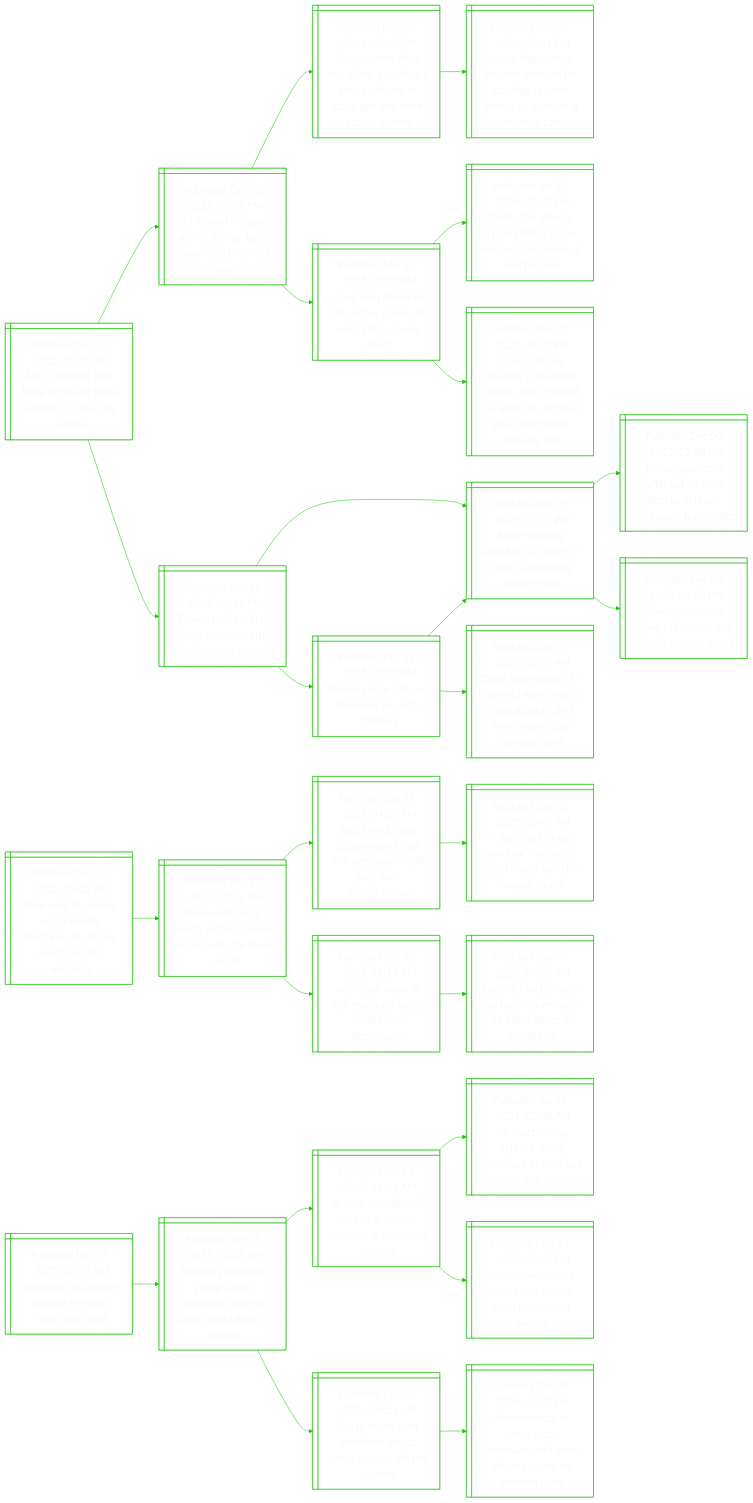
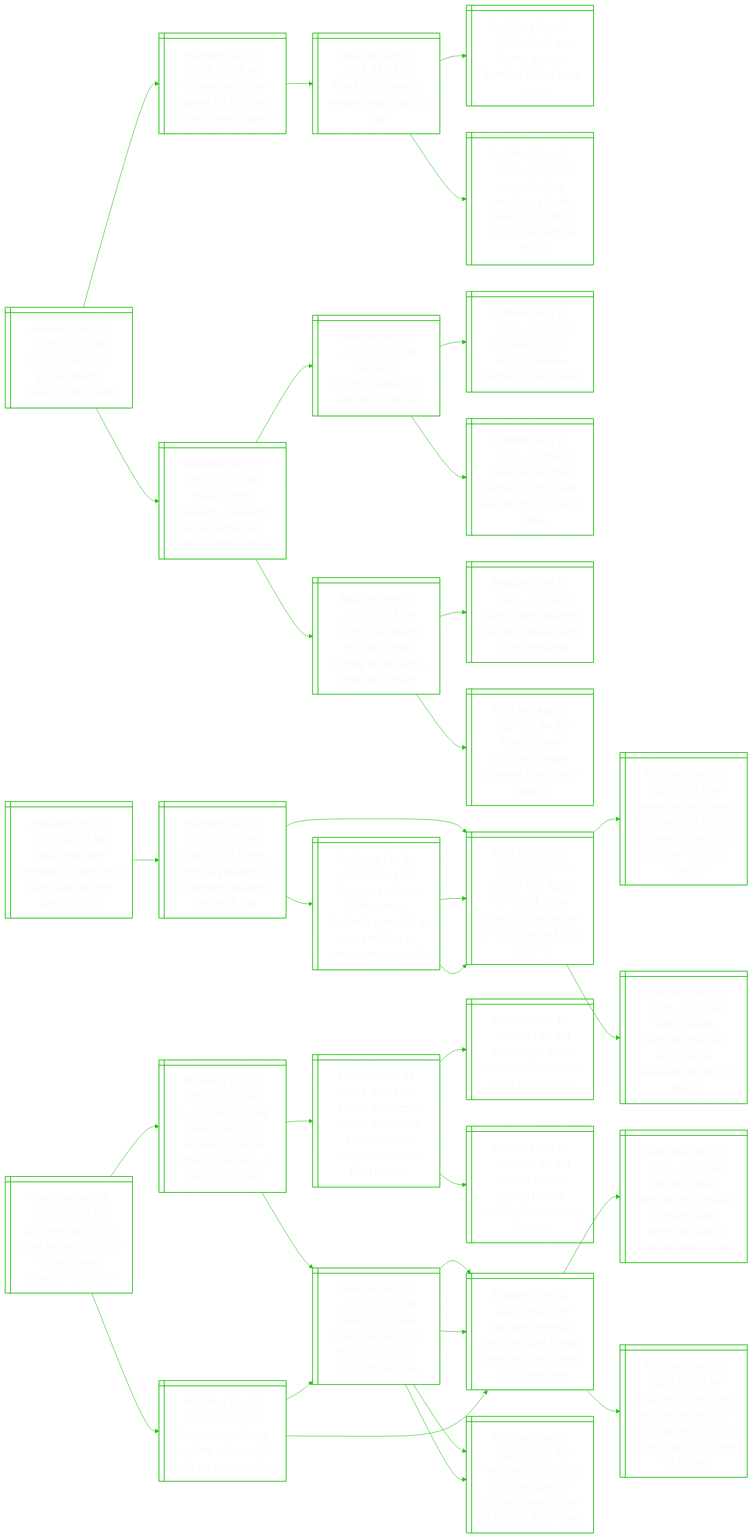
The diagram in README.md (notJmes/notJmes), drawn with Mermaid before and after one commit. The commit also changed other lines of this file, not shown here.

````diff
--- a/README.md
+++ b/README.md
@@ -16,88 +16,112 @@
 flowchart LR
 classDef txtsize font-size:20px;
 
-Mtdrechonsce@{ shape: win-pane, label: "_Published Dec 27, 2025, 03:50 AM_
-Man detained after knife attack on three women in paris city centre" }
-ieaftnurtfas@{ shape: win-pane, label: "_Published Dec 26, 2025, 06:01 PM_
-15 injured in japan after stabbing, liquid spray attack, official says" }
-Scdrkdupecnnnfap@{ shape: win-pane, label: "_Published May 25, 2023, 07:20 PM_
-Suspect held after four killed, including 2 police officers, in japan gun and knife attack: reports" }
-Jhcsnefaghmolgia@{ shape: win-pane, label: "_Published Mar 02, 2023, 02:21 PM_
-Japan high school student arrested for stabbing teacher, admits to mutilating multiple cats" }
-JAiytwkrewt@{ shape: win-pane, label: "_Published Mar 17, 2025, 01:20 PM_
-Japan aum shinrikyo cult widow speaks 30 years after subway attack" }
-UeaJssmaamne@{ shape: win-pane, label: "_Published Jun 10, 2024, 01:00 PM_
-Unlike the yakuza, japan’s latest crime menace is anonymous and faceless" }
-Jsynldaomstrfsreue@{ shape: win-pane, label: "_Published Mar 02, 2023, 06:29 PM_
-Japan’s ‘happy science’ cult leader okawa, who claimed he spoke to spirits of jesus and freddie mercury, dies" }
-Tnsloserlrb@{ shape: win-pane, label: "_Published Dec 26, 2025, 04:14 PM_
-Taiwan holds drill to boost response after deadly metro stabbing" }
-Kwitrseiiroc@{ shape: win-pane, label: "_Published Dec 19, 2025, 07:57 PM_
-Knife-wielding attacker kills three in taipei, dies during police chase" }
-Ngefentsiioaf@{ shape: win-pane, label: "_Published Dec 20, 2025, 12:38 PM_
-No singaporeans affected by knife attacks in taipei: singapore trade office" }
-Tnivuqiesyc@{ shape: win-pane, label: "_Published Dec 20, 2025, 01:50 PM_
-Taiwan president vows full inquiry into deadly subway attack" }
-Tnceeimsi@{ shape: win-pane, label: "_Published Dec 21, 2025, 05:20 PM_
-Taiwan police rule out ‘terrorism’ in metro stabbing" }
-Kwitrseiiroc@{ shape: win-pane, label: "_Published Dec 19, 2025, 07:57 PM_
-Knife-wielding attacker kills three in taipei, dies during police chase" }
-Tiecrhettrfoheh@{ shape: win-pane, label: "_Published Dec 21, 2025, 03:55 PM_
-Taipei knife attack: 57-year-old who tried to stop attacker died from wound that pierced heart" }
+Tssglssaa@{ shape: win-pane, label: "_Published Dec 27, 2025, 07:45 AM_
+Trump’s christmas gospel: bombs, blessings and blame" }
+UnsenIisrse@{ shape: win-pane, label: "_Published Dec 26, 2025, 08:34 AM_
+Us launches strike against isis militants in north-west nigeria" }
+Fiieoakc@{ shape: win-pane, label: "_Published Dec 25, 2025, 11:49 PM_
+Five killed in nigeria mosque attack, police say" }
+Niqmkase@{ shape: win-pane, label: "_Published Dec 25, 2025, 02:33 AM_
+Nigeria mosque bombing kills at least seven" }
+UdnvalsNiemeth@{ shape: win-pane, label: "_Published Dec 23, 2025, 01:23 AM_
+Us conducting surveillance flights over nigeria after trump intervention threat" }
+Bstkoistfrmfl@{ shape: win-pane, label: "_Published Sep 23, 2024, 01:25 PM_
+Bibles, ‘fight’ sneakers, coins with his ‘beautiful face’: trump’s merch for sale" }
+Ssueinel@{ shape: win-pane, label: "_Published Aug 21, 2024, 03:35 AM_
+Shares of trump’s media firm sink to record low" }
+Riusewees@{ shape: win-pane, label: "_Published Aug 13, 2024, 12:13 AM_
+Rambling trump, musk interview marred by tech issues" }
+NrgaHsdTiUt@{ shape: win-pane, label: "_Published Aug 11, 2024, 12:20 AM_
+New surveys give kamala harris a lead over trump in 3 key us states" }
+TsaouipTrtsdn@{ shape: win-pane, label: "_Published Sep 13, 2024, 01:25 PM_
+Trump’s campaign rolls out t-shirt copying taylor swift’s eras tour design" }
+Trtrarlrren@{ shape: win-pane, label: "_Published Sep 11, 2024, 11:19 AM_
+Taylor swift endorses ‘warrior’ kamala harris for us president" }
+Tssomsnlip@{ shape: win-pane, label: "_Published Aug 20, 2024, 01:44 AM_
+Trump shares doctored images showing taylor swift support" }
 
-Mtdrechonsce:::txtsize --> ieaftnurtfas:::txtsize
-ieaftnurtfas:::txtsize --> Scdrkdupecnnnfap:::txtsize
-Scdrkdupecnnnfap:::txtsize --> Jhcsnefaghmolgia:::txtsize
-ieaftnurtfas:::txtsize --> JAiytwkrewt:::txtsize
-JAiytwkrewt:::txtsize --> UeaJssmaamne:::txtsize
-JAiytwkrewt:::txtsize --> Jsynldaomstrfsreue:::txtsize
-Mtdrechonsce:::txtsize --> Tnsloserlrb:::txtsize
-Tnsloserlrb:::txtsize --> Kwitrseiiroc:::txtsize
-Kwitrseiiroc:::txtsize --> Ngefentsiioaf:::txtsize
-Kwitrseiiroc:::txtsize --> Tnivuqiesyc:::txtsize
-Tnsloserlrb:::txtsize --> Tnceeimsi:::txtsize
-Tnceeimsi:::txtsize --> Kwitrseiiroc:::txtsize
-Tnceeimsi:::txtsize --> Tiecrhettrfoheh:::txtsize
+Tssglssaa:::txtsize --> UnsenIisrse:::txtsize
+UnsenIisrse:::txtsize --> Fiieoakc:::txtsize
+Fiieoakc:::txtsize --> Niqmkase:::txtsize
+Fiieoakc:::txtsize --> UdnvalsNiemeth:::txtsize
+Tssglssaa:::txtsize --> Bstkoistfrmfl:::txtsize
+Bstkoistfrmfl:::txtsize --> Ssueinel:::txtsize
+Ssueinel:::txtsize --> Riusewees:::txtsize
+Ssueinel:::txtsize --> NrgaHsdTiUt:::txtsize
+Bstkoistfrmfl:::txtsize --> TsaouipTrtsdn:::txtsize
+TsaouipTrtsdn:::txtsize --> Trtrarlrren:::txtsize
+TsaouipTrtsdn:::txtsize --> Tssomsnlip:::txtsize
 
-Nreeaitssmltn@{ shape: win-pane, label: "_Published Dec 27, 2025, 03:02 AM_
-New york to require social media platforms to display mental health warnings" }
-Dairmreidrsi@{ shape: win-pane, label: "_Published Dec 11, 2025, 09:36 PM_
-‘downward spiral’: french mother blames social media for teen’s suicide" }
-Slaheaiptltroi@{ shape: win-pane, label: "_Published Dec 11, 2025, 04:00 PM_
-Social media and children are a bad mix, yet parents still post their photos online" }
-Itooersaisues@{ shape: win-pane, label: "_Published Dec 10, 2025, 08:48 PM_
-‘i didn’t get to say goodbye’: australia’s social media ban stirs unease, praise" }
-Aamleyidnee@{ shape: win-pane, label: "_Published Dec 10, 2025, 12:15 PM_
-Australian mum of late teen says social media ban ‘bittersweet’" }
-Aaombrdnafils@{ shape: win-pane, label: "_Published Dec 09, 2025, 09:32 PM_
-Australia social media ban for children under 16 takes effect in world first" }
+WYresemhiD@{ shape: win-pane, label: "_Published Dec 27, 2025, 06:19 AM_
+While you were sleeping: 5 stories you might have missed, dec 27, 2025" }
+Olssrenoasot@{ shape: win-pane, label: "_Published Dec 26, 2025, 10:32 PM_
+Over 1,700 flights across us grounded as snowstorm blankets new york city" }
+AsgalnassatYirs@{ shape: win-pane, label: "_Published Dec 26, 2025, 01:36 PM_
+At least 400 flights cancelled, many delayed as snowstorm affects new york city airports" }
+Treeamdshatacsn@{ shape: win-pane, label: "_Published Dec 26, 2025, 11:15 AM_
+Temperatures in seoul fall to minus 11.8 deg c as south korea is hit by season’s coldest morning" }
+Sgszfaraedune@{ shape: win-pane, label: "_Published Dec 26, 2025, 11:10 AM_
+Strong winds, blizzards forecast across japan; weekend disruption feared" }
+Spiegmudcdwdstnt@{ shape: win-pane, label: "_Published Dec 26, 2025, 02:46 PM_
+Singapore airlines flights among hundreds cancelled in new york due to snowstorm in us city" }
+AsgalnassatYirs@{ shape: win-pane, label: "_Published Dec 26, 2025, 01:36 PM_
+At least 400 flights cancelled, many delayed as snowstorm affects new york city airports" }
+AsgalnassatYirs@{ shape: win-pane, label: "_Published Dec 26, 2025, 01:36 PM_
+At least 400 flights cancelled, many delayed as snowstorm affects new york city airports" }
 
-Nreeaitssmltn:::txtsize --> Dairmreidrsi:::txtsize
-Dairmreidrsi:::txtsize --> Slaheaiptltroi:::txtsize
-Slaheaiptltroi:::txtsize --> Itooersaisues:::txtsize
-Dairmreidrsi:::txtsize --> Aamleyidnee:::txtsize
-Aamleyidnee:::txtsize --> Aaombrdnafils:::txtsize
+WYresemhiD:::txtsize --> Olssrenoasot:::txtsize
+Olssrenoasot:::txtsize --> AsgalnassatYirs:::txtsize
+AsgalnassatYirs:::txtsize --> Treeamdshatacsn:::txtsize
+AsgalnassatYirs:::txtsize --> Sgszfaraedune:::txtsize
+Olssrenoasot:::txtsize --> Spiegmudcdwdstnt:::txtsize
+Spiegmudcdwdstnt:::txtsize --> AsgalnassatYirs:::txtsize
+Spiegmudcdwdstnt:::txtsize --> AsgalnassatYirs:::txtsize
 
-Estisnasst@{ shape: win-pane, label: "_Published Dec 27, 2025, 12:29 AM_
-Explosion at alawite mosque in syria’s homs kills eight" }
-Swrtpmachctep@{ shape: win-pane, label: "_Published Jun 25, 2025, 12:06 AM_
-Shadowy extremist group claims damascus church attack that killed 25 people" }
-Asljicogmsc@{ shape: win-pane, label: "_Published Jun 23, 2025, 01:28 AM_
-At least 20 killed, 52 injured in suicide bombing at damascus church" }
-Ievgtyocynq@{ shape: win-pane, label: "_Published Jun 12, 2025, 02:08 PM_
-Isis reactivating fighters, eying comeback in syria and iraq" }
-Snrtedmadse@{ shape: win-pane, label: "_Published May 17, 2025, 10:08 PM_
-Syrian government forces raid islamic state hideouts in aleppo" }
-SnltiARahtoy@{ shape: win-pane, label: "_Published Dec 08, 2024, 08:51 AM_
-Syrian rebels oust president assad; russia says he left the country" }
-Wasrsnnafriben@{ shape: win-pane, label: "_Published Dec 08, 2024, 06:07 PM_
-Whereabouts of syria's assad unknown, with army officers saying he boarded plane" }
+Zsysilttoutidc@{ shape: win-pane, label: "_Published Dec 27, 2025, 05:29 AM_
+Zelensky says russia using belarus territory to circumvent ukrainian defences" }
+RalceeisamriaSard@{ shape: win-pane, label: "_Published Dec 27, 2025, 03:49 AM_
+Russia likely placing new hypersonic missiles at former airbase in belarus, us researchers find" }
+PdrsiaetpaaesBu@{ shape: win-pane, label: "_Published Dec 25, 2025, 06:59 PM_
+Poland intercepts russian plane over baltic, reports airspace breaches from belarus" }
+Rasrnicatoo@{ shape: win-pane, label: "_Published Sep 19, 2025, 11:15 PM_
+Russian jets enter estonia’s airspace in latest test for nato" }
+Usrrobooiin@{ shape: win-pane, label: "_Published Dec 14, 2025, 01:44 AM_
+Us says belarus agreed to stop balloon flyovers into lithuania" }
+Zsmrnnidscmk@{ shape: win-pane, label: "_Published Dec 26, 2025, 10:08 PM_
+Zelensky to meet trump on dec 28 in florida to discuss peace framework" }
+Unlydprstowren@{ shape: win-pane, label: "_Published Dec 24, 2025, 06:43 PM_
+Ukraine’s zelensky says draft plan freezes front line, opens way for concessions" }
+PiaucbnrrprkeRt@{ shape: win-pane, label: "_Published Dec 26, 2025, 03:59 PM_
+Putin indicated russia could be open to territory swop as part of ukraine deal: report" }
+RaUnkoelUcn@{ shape: win-pane, label: "_Published Dec 27, 2025, 02:34 AM_
+Russia says ukraine seeking to ‘torpedo’ talks on us peace plan" }
+Zsmrnnidscmk@{ shape: win-pane, label: "_Published Dec 26, 2025, 10:08 PM_
+Zelensky to meet trump on dec 28 in florida to discuss peace framework" }
+Unlydprstowren@{ shape: win-pane, label: "_Published Dec 24, 2025, 06:43 PM_
+Ukraine’s zelensky says draft plan freezes front line, opens way for concessions" }
+PiaucbnrrprkeRt@{ shape: win-pane, label: "_Published Dec 26, 2025, 03:59 PM_
+Putin indicated russia could be open to territory swop as part of ukraine deal: report" }
+Unlydprstowren@{ shape: win-pane, label: "_Published Dec 24, 2025, 06:43 PM_
+Ukraine’s zelensky says draft plan freezes front line, opens way for concessions" }
+ToiegRaipuoorpp@{ shape: win-pane, label: "_Published Nov 23, 2025, 12:09 AM_
+Trump officials’ meeting with russian in miami spurs questions about ukraine peace plan" }
+EihaDsitnnannsake@{ shape: win-pane, label: "_Published Dec 04, 2025, 01:40 AM_
+Explainer: why is fate of donetsk region a sticking point in talks on ending russia’s war in ukraine?" }
 
-Estisnasst:::txtsize --> Swrtpmachctep:::txtsize
-Swrtpmachctep:::txtsize --> Asljicogmsc:::txtsize
-Asljicogmsc:::txtsize --> Ievgtyocynq:::txtsize
-Asljicogmsc:::txtsize --> Snrtedmadse:::txtsize
-Swrtpmachctep:::txtsize --> SnltiARahtoy:::txtsize
-SnltiARahtoy:::txtsize --> Wasrsnnafriben:::txtsize
+Zsysilttoutidc:::txtsize --> RalceeisamriaSard:::txtsize
+RalceeisamriaSard:::txtsize --> PdrsiaetpaaesBu:::txtsize
+PdrsiaetpaaesBu:::txtsize --> Rasrnicatoo:::txtsize
+PdrsiaetpaaesBu:::txtsize --> Usrrobooiin:::txtsize
+RalceeisamriaSard:::txtsize --> Zsmrnnidscmk:::txtsize
+Zsmrnnidscmk:::txtsize --> Unlydprstowren:::txtsize
+Zsmrnnidscmk:::txtsize --> PiaucbnrrprkeRt:::txtsize
+Zsysilttoutidc:::txtsize --> RaUnkoelUcn:::txtsize
+RaUnkoelUcn:::txtsize --> Zsmrnnidscmk:::txtsize
+Zsmrnnidscmk:::txtsize --> Unlydprstowren:::txtsize
+Zsmrnnidscmk:::txtsize --> PiaucbnrrprkeRt:::txtsize
+RaUnkoelUcn:::txtsize --> Unlydprstowren:::txtsize
+Unlydprstowren:::txtsize --> ToiegRaipuoorpp:::txtsize
+Unlydprstowren:::txtsize --> EihaDsitnnannsake:::txtsize
 
 ```
````
